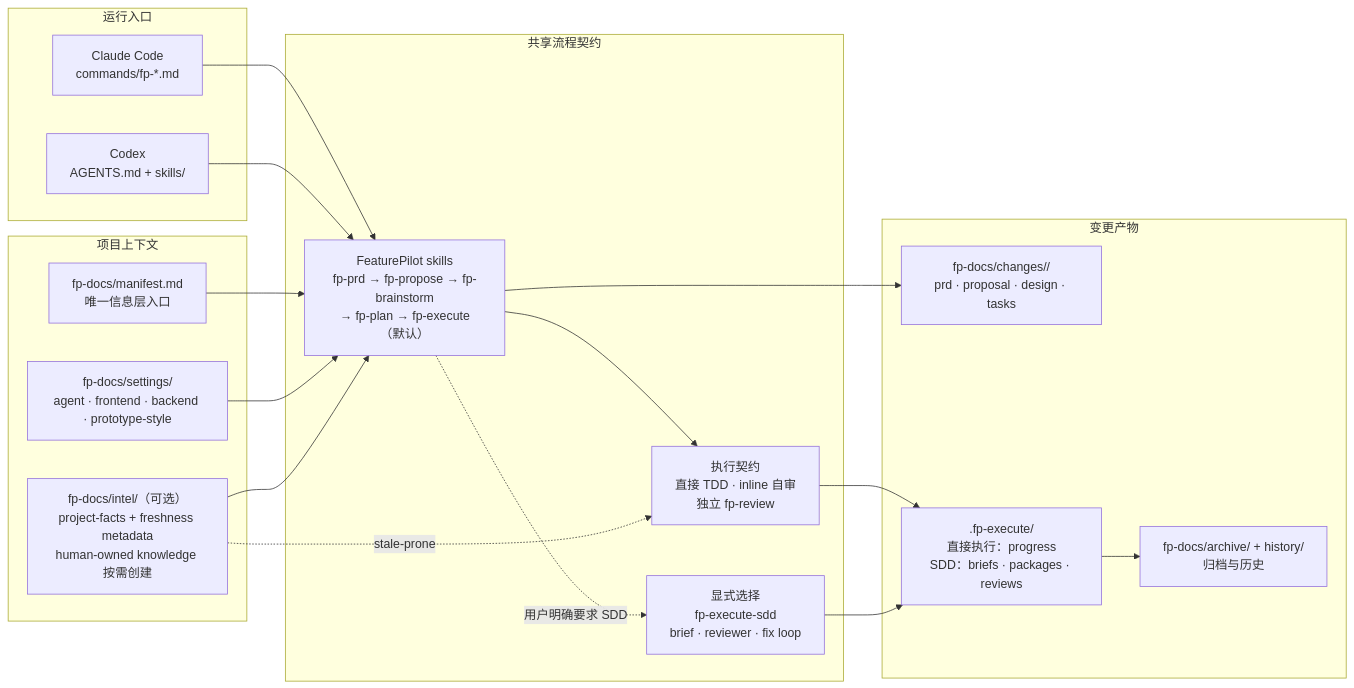
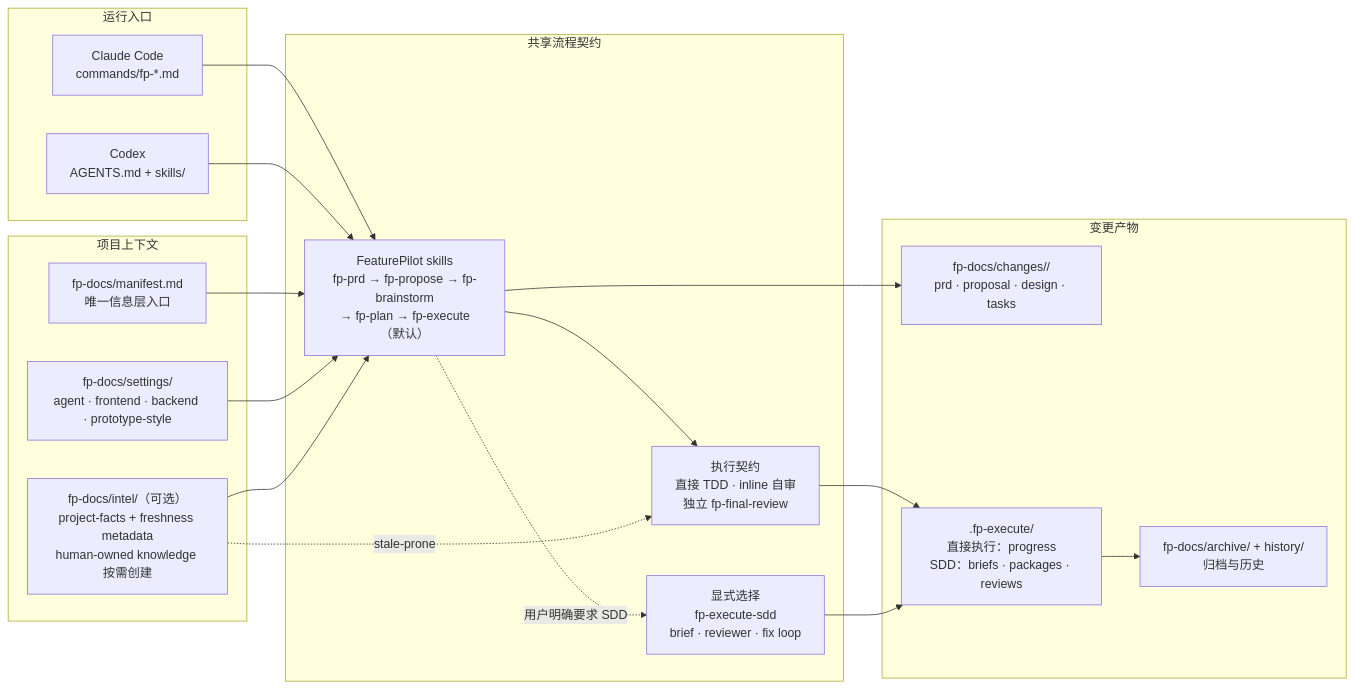
The diagram in README.md (yaowuya/feature-pilot), drawn with Mermaid before and after one commit. The commit also changed other lines of this file and 44 other files, not shown here.

````diff
--- a/README.md
+++ b/README.md
@@ -58,38 +63,38 @@
 ```mermaid
 flowchart LR
     subgraph Entry[运行入口]
         CC["Claude Code\ncommands/fp-*.md"]
         CX["Codex\nAGENTS.md + skills/"]
     end
 
     subgraph Workflow[共享流程契约]
         S["FeaturePilot skills\nfp-prd → fp-propose → fp-brainstorm\n→ fp-plan → fp-execute（默认）"]
-        G["执行契约\n直接 TDD · inline 自审\n独立 fp-review"]
+        G["执行契约\n直接 TDD · inline 自审\n独立 fp-final-review"]
         SDD["显式选择\nfp-execute-sdd\nbrief · reviewer · fix loop"]
     end
 
     subgraph Context[项目上下文]
         M["fp-docs/manifest.md\n唯一信息层入口"]
         C["fp-docs/settings/\nagent · frontend · backend · prototype-style"]
         I["fp-docs/intel/（可选）\nproject-facts + freshness metadata\nhuman-owned knowledge 按需创建"]
     end
 
     subgraph Artifacts[变更产物]
         A["fp-docs/changes/<slug>/\nprd · proposal · design · tasks"]
         E[".fp-execute/\n直接执行：progress\nSDD：briefs · packages · reviews"]
         H["fp-docs/archive/ + history/\n归档与历史"]
     end
 
     CC --> S
     CX --> S
     S --> G
     S -. 用户明确要求 SDD .-> SDD
     M --> S
     C --> S
     I --> S
     S --> A
     G --> E
     SDD --> E
     E --> H
     I -. stale-prone .-> G
 ```
````
